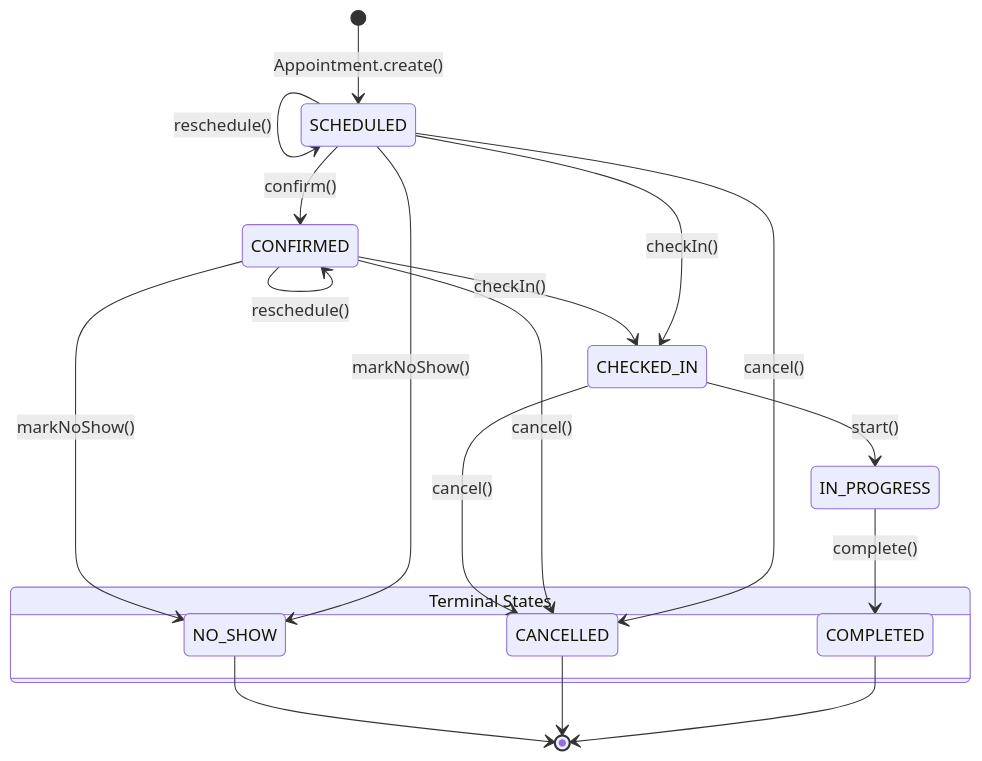
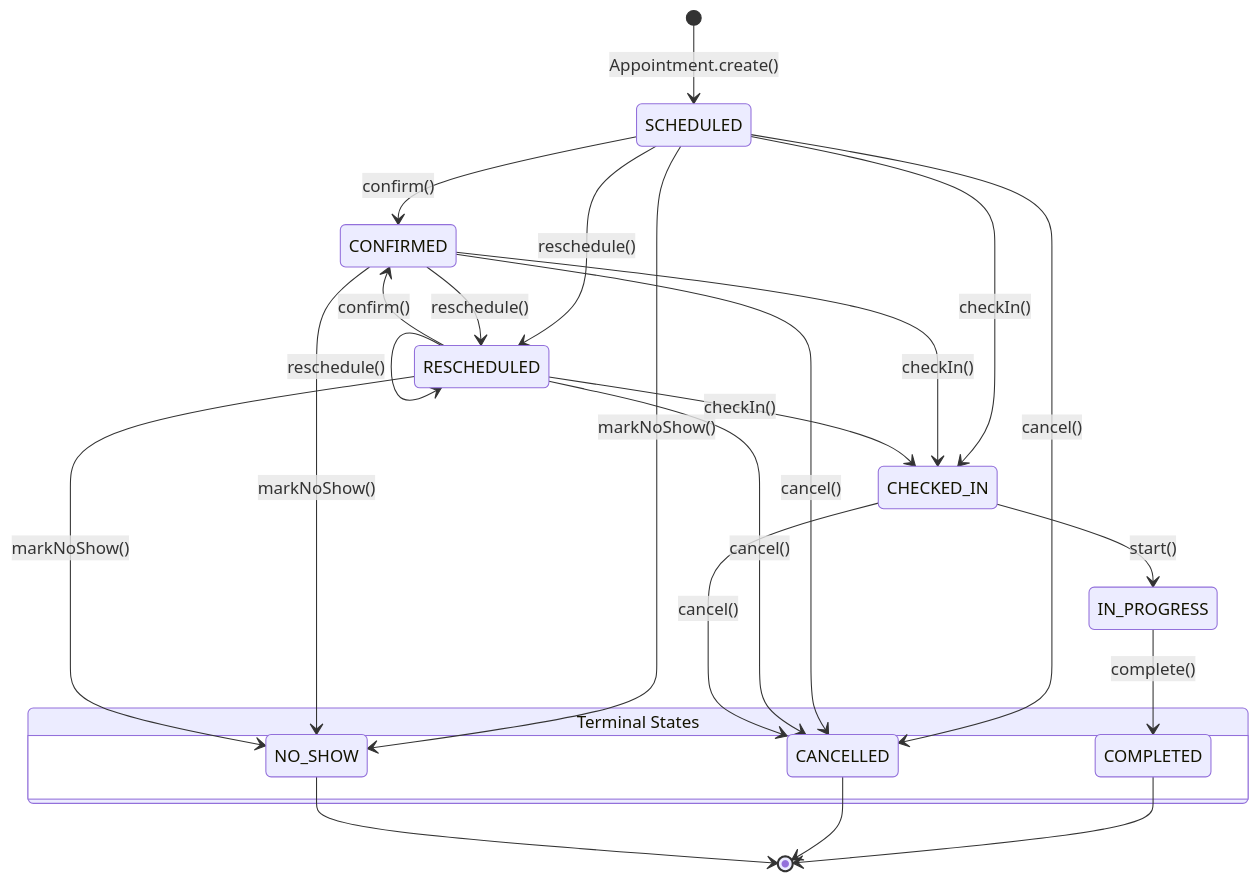
Before and after one commit to izzydin/kinergy-platform: the diagram in docs/scheduling/state-machine-diagram.md, drawn with Mermaid. The commit also changed 3 other files, not shown here.

Commit message:
docs(scheduling): reconcile state diagrams, lifecycle specs, and master index

````diff
--- a/docs/scheduling/state-machine-diagram.md
+++ b/docs/scheduling/state-machine-diagram.md
@@ -19,30 +19,36 @@
 ```mermaid
 stateDiagram-v2
     [*] --> SCHEDULED : Appointment.create()
 
     SCHEDULED --> CONFIRMED : confirm()
     SCHEDULED --> CHECKED_IN : checkIn()
     SCHEDULED --> CANCELLED : cancel()
     SCHEDULED --> NO_SHOW : markNoShow()
-    SCHEDULED --> SCHEDULED : reschedule()
+    SCHEDULED --> RESCHEDULED : reschedule()
 
     CONFIRMED --> CHECKED_IN : checkIn()
     CONFIRMED --> CANCELLED : cancel()
     CONFIRMED --> NO_SHOW : markNoShow()
-    CONFIRMED --> CONFIRMED : reschedule()
+    CONFIRMED --> RESCHEDULED : reschedule()
+
+    RESCHEDULED --> CONFIRMED : confirm()
+    RESCHEDULED --> CHECKED_IN : checkIn()
+    RESCHEDULED --> CANCELLED : cancel()
+    RESCHEDULED --> NO_SHOW : markNoShow()
+    RESCHEDULED --> RESCHEDULED : reschedule()
 
     CHECKED_IN --> IN_PROGRESS : start()
     CHECKED_IN --> CANCELLED : cancel()
 
     IN_PROGRESS --> COMPLETED : complete()
 
     state "Terminal States" as Terminal {
         COMPLETED
         CANCELLED
         NO_SHOW
     }
 
     COMPLETED --> [*]
     CANCELLED --> [*]
     NO_SHOW --> [*]
 ```
````
